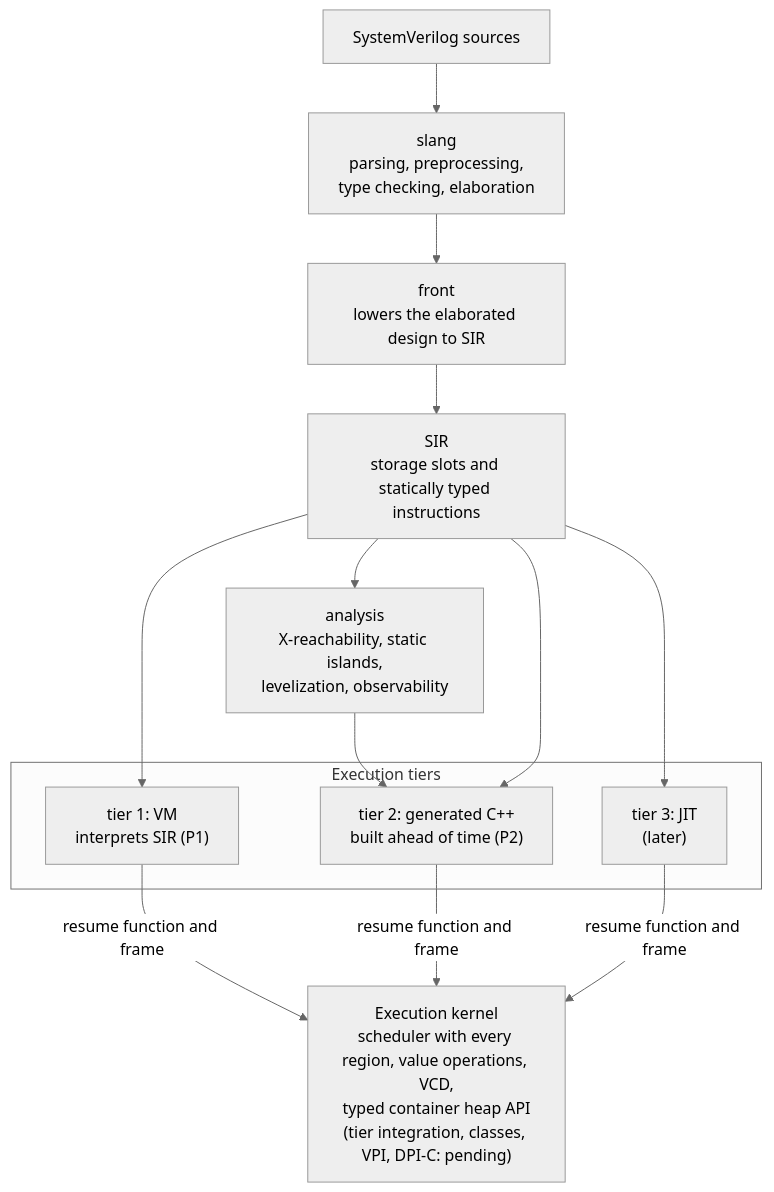
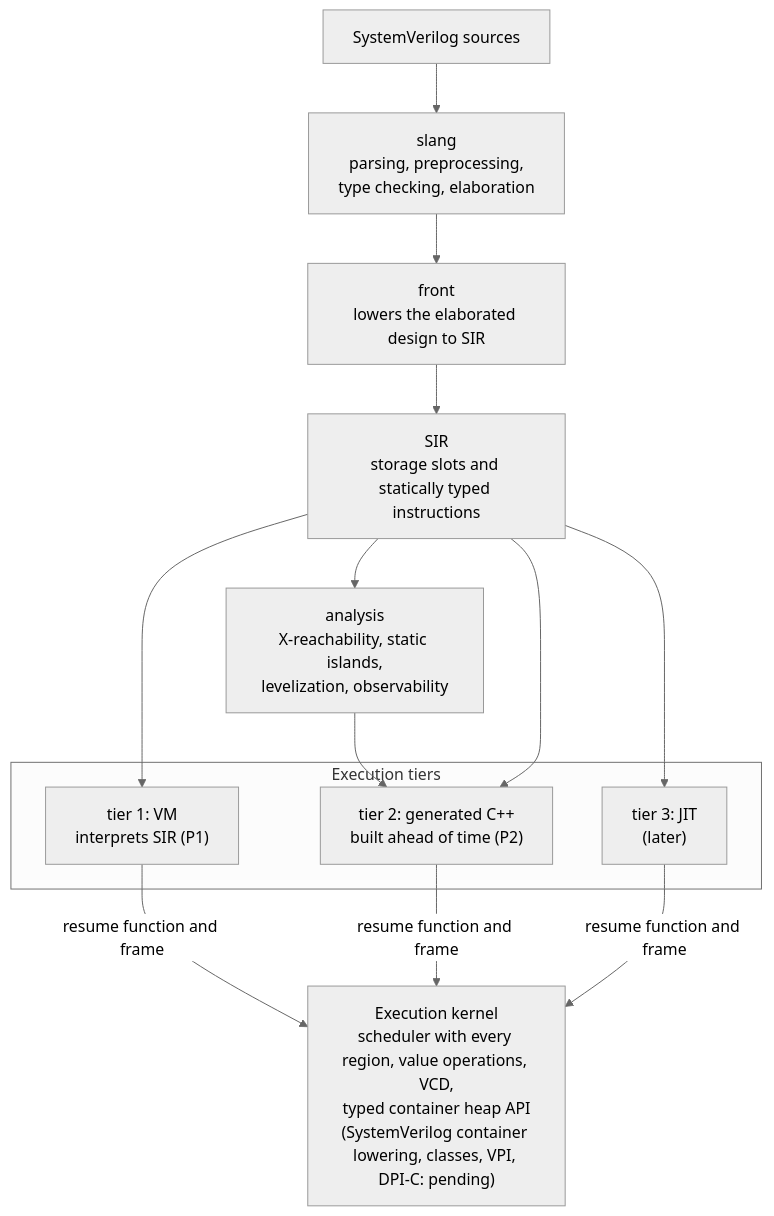
Before and after one commit to kurochan001/kirimasim: the diagram in README.ja.md, drawn with Mermaid (neutral theme). The commit also changed other lines of this file and 4 other files, not shown here.

````diff
--- a/README.ja.md
+++ b/README.ja.md
@@ -417,22 +417,22 @@
 ```mermaid
 flowchart TD
     src["SystemVerilog sources"]
     slang["slang<br/>parsing, preprocessing,<br/>type checking, elaboration"]
     front["front<br/>lowers the elaborated design to SIR"]
     sir["SIR<br/>storage slots and statically typed instructions"]
     analysis["analysis<br/>X-reachability, static islands,<br/>levelization, observability"]
     subgraph tiers["Execution tiers"]
         t1["tier 1: VM<br/>interprets SIR (P1)"]
         t2["tier 2: generated C++<br/>built ahead of time (P2)"]
         t3["tier 3: JIT<br/>(later)"]
     end
-    kernel["Execution kernel<br/>scheduler with every region, value operations, VCD,<br/>typed container heap API<br/>(tier integration, classes, VPI, DPI-C: pending)"]
+    kernel["Execution kernel<br/>scheduler with every region, value operations, VCD,<br/>typed container heap API<br/>(SystemVerilog container lowering, classes, VPI, DPI-C: pending)"]
     src --> slang --> front --> sir
     sir --> t1
     sir --> analysis --> t2
     sir --> t2
     sir --> t3
     t1 -->|"resume function and frame"| kernel
     t2 -->|"resume function and frame"| kernel
     t3 -->|"resume function and frame"| kernel
 ```
````
